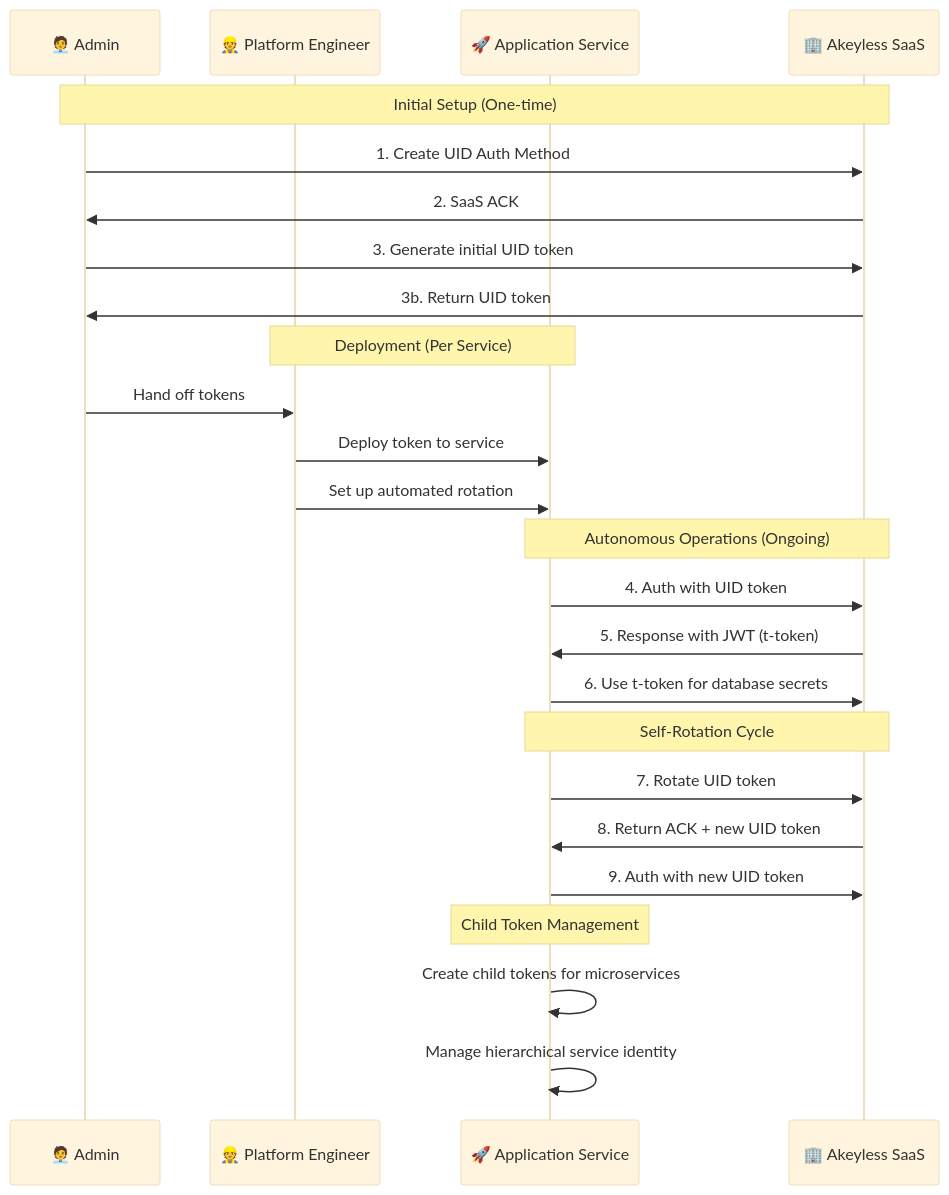
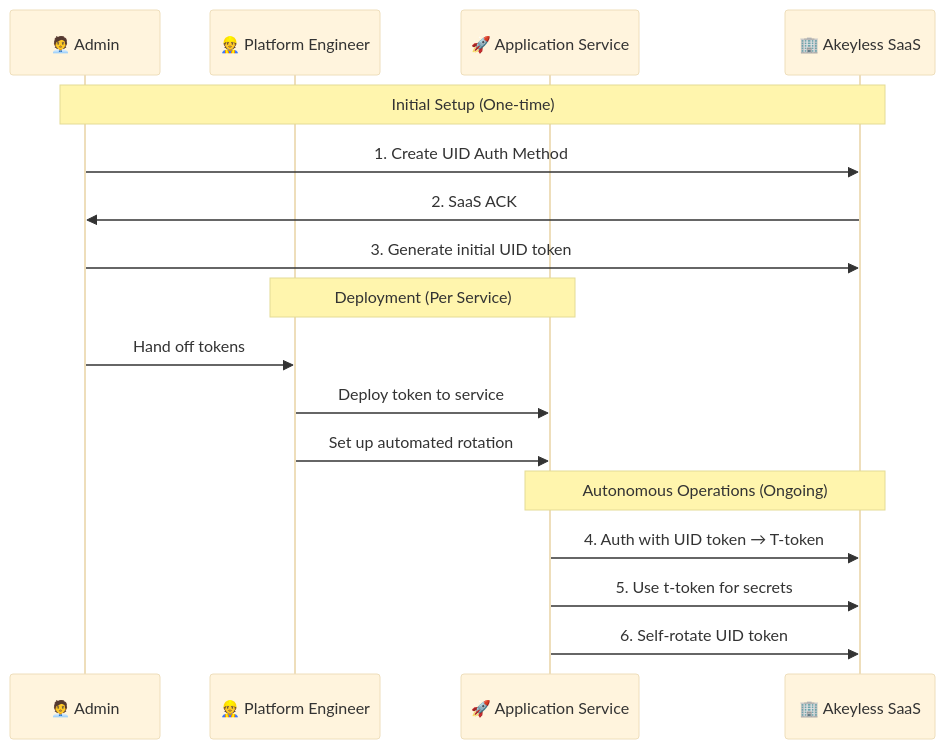
The diagram in presentation-outline.md (samgabrail/akeyless-uid), drawn with Mermaid (base theme) before and after one commit. The commit also changed other lines of this file and 11 other files, not shown here.

````diff
--- a/presentation-outline.md
+++ b/presentation-outline.md
@@ -30,32 +65,22 @@
 ```mermaid
 sequenceDiagram
     participant A as 🧑‍💼 Admin
     participant P as 👷 Platform Engineer  
     participant AS as 🚀 Application Service
     participant S as 🏢 Akeyless SaaS
 
     Note over A,S: Initial Setup (One-time)
     A->>S: 1. Create UID Auth Method
     S->>A: 2. SaaS ACK
     A->>S: 3. Generate initial UID token
-    S->>A: 3b. Return UID token
     
     Note over P,AS: Deployment (Per Service)
     A->>P: Hand off tokens
     P->>AS: Deploy token to service
     P->>AS: Set up automated rotation
     
     Note over AS,S: Autonomous Operations (Ongoing)
-    AS->>S: 4. Auth with UID token
-    S->>AS: 5. Response with JWT (t-token)
-    AS->>S: 6. Use t-token for database secrets
-    
-    Note over AS,S: Self-Rotation Cycle
-    AS->>S: 7. Rotate UID token
-    S->>AS: 8. Return ACK + new UID token
-    AS->>S: 9. Auth with new UID token
-    
-    Note over AS: Child Token Management
-    AS->>AS: Create child tokens for microservices
-    AS->>AS: Manage hierarchical service identity
+    AS->>S: 4. Auth with UID token → T-token
+    AS->>S: 5. Use t-token for secrets
+    AS->>S: 6. Self-rotate UID token
 ```
````
